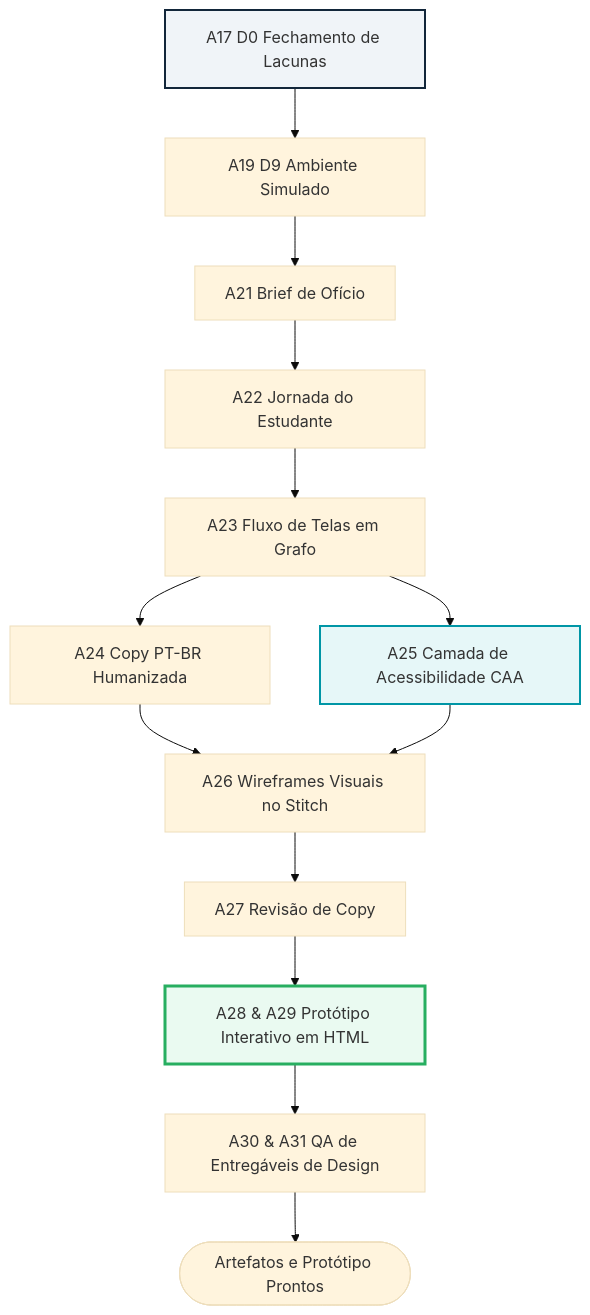
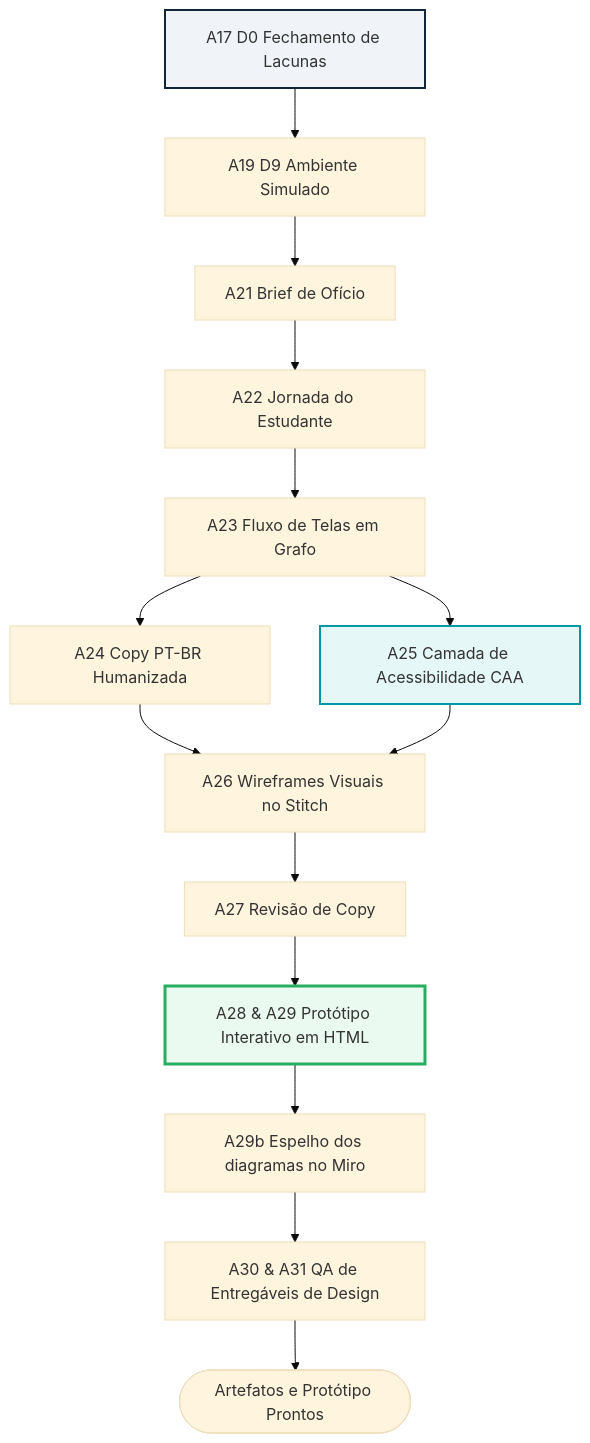
The fourth of 5 diagrams in manual-gerador-missoes/MANUAL_GERADOR_MISSOES.md (lucas-salomao-unooria/gerador-missoes), drawn with Mermaid (base theme) before and after one commit. The commit also changed other lines of this file and 64 other files, not shown here.

````diff
--- a/manual-gerador-missoes/MANUAL_GERADOR_MISSOES.md
+++ b/manual-gerador-missoes/MANUAL_GERADOR_MISSOES.md
@@ -212,18 +213,19 @@
 ```mermaid
 flowchart TD
     D0[A17 D0 Fechamento de Lacunas] --> D9[A19 D9 Ambiente Simulado]
     D9 --> D1[A21 Brief de Ofício]
     D1 --> D2[A22 Jornada do Estudante]
     D2 --> D3[A23 Fluxo de Telas em Grafo]
     D3 --> D4[A24 Copy PT-BR Humanizada]
     D3 --> D4b[A25 Camada de Acessibilidade CAA]
     D4 & D4b --> D5[A26 Wireframes Visuais no Stitch]
     D5 --> D6[A27 Revisão de Copy]
     D6 --> D8[A28 & A29 Protótipo Interativo em HTML]
-    D8 --> D7[A30 & A31 QA de Entregáveis de Design]
+    D8 --> D8b[A29b Espelho dos diagramas no Miro]
+    D8b --> D7[A30 & A31 QA de Entregáveis de Design]
     D7 --> DesignPronto([Artefatos e Protótipo Prontos])
 
     style D8 fill:#eafaf1,stroke:#27ae60,stroke-width:3px
     style D4b fill:#e6f7f8,stroke:#0096a6,stroke-width:2px
     style D0 fill:#f0f4f8,stroke:#12263a,stroke-width:2px
 ```
````
